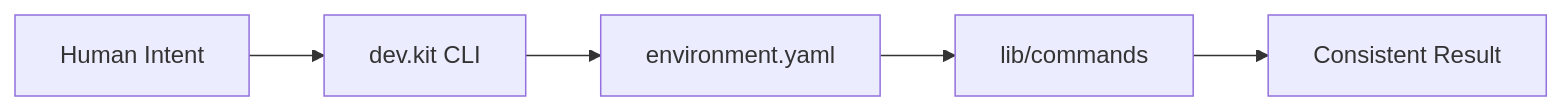
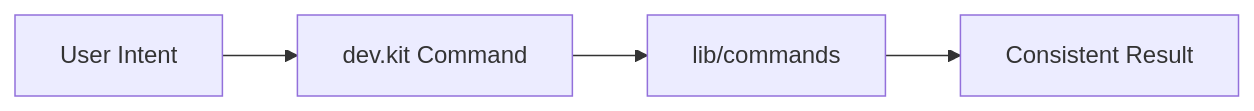
One commit to udx/dev.kit changed the third of 4 diagrams in README.md. Above: the diagram before and after it, drawn with Mermaid. The commit also changed other lines of this file and 4 other files, not shown here.

````diff
--- a/README.md
+++ b/README.md
@@ -53,7 +53,6 @@
 ```mermaid
 flowchart LR
-    User[Human Intent] --> CLI[dev.kit CLI]
-    CLI --> MAP[environment.yaml]
-    MAP --> CMD[lib/commands]
-    CMD --> RES[Consistent Result]
+    Intent[User Intent] --> Cmd[dev.kit Command]
+    Cmd --> Lib[lib/commands]
+    Lib --> Result[Consistent Result]
 ```
````
